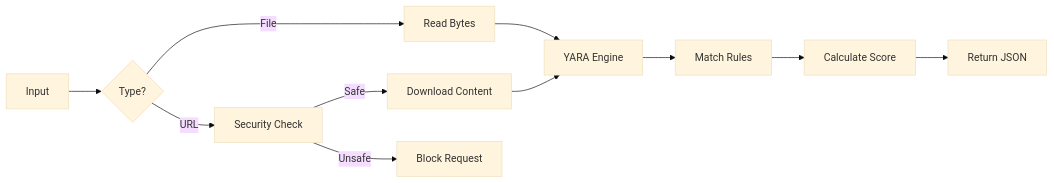
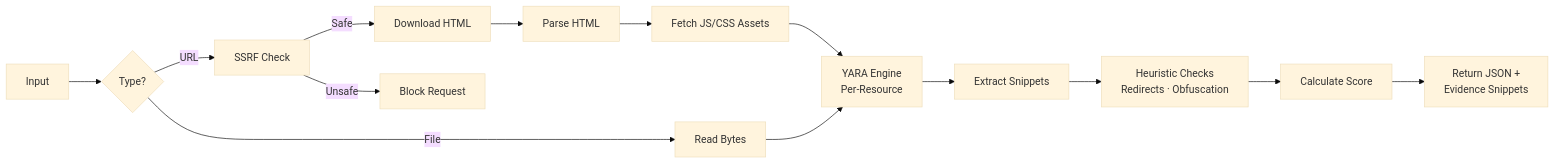
One commit to porapalmy/cs-security-comps-2026 changed the diagram in website/HOW-IT-WORKS.md. Above: the diagram before and after it, drawn with Mermaid (base theme). The commit also changed other lines of this file and 4 other files, not shown here.

````diff
--- a/website/HOW-IT-WORKS.md
+++ b/website/HOW-IT-WORKS.md
@@ -34,13 +117,16 @@
 ```mermaid
 graph LR
     A[Input] --> B{Type?}
     B -- File --> C[Read Bytes]
-    B -- URL --> D[Security Check]
-    D -- Safe --> E[Download Content]
+    B -- URL --> D[SSRF Check]
+    D -- Safe --> E[Download HTML]
     D -- Unsafe --> F[Block Request]
-    C --> G[YARA Engine]
-    E --> G
-    G --> H[Match Rules]
-    H --> I[Calculate Score]
-    I --> J[Return JSON]
+    E --> G[Parse HTML]
+    G --> H[Fetch JS/CSS Assets]
+    H --> I[YARA Engine<br/>Per-Resource]
+    C --> I
+    I --> J[Extract Snippets]
+    J --> K[Heuristic Checks<br/>Redirects · Obfuscation]
+    K --> L[Calculate Score]
+    L --> M[Return JSON +<br/>Evidence Snippets]
 ```
````
